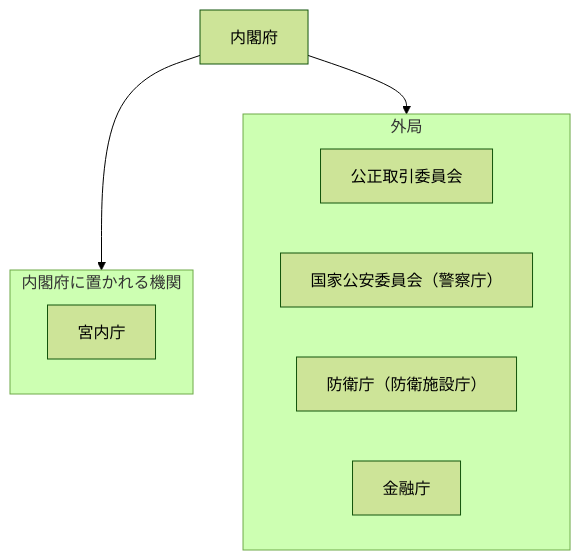
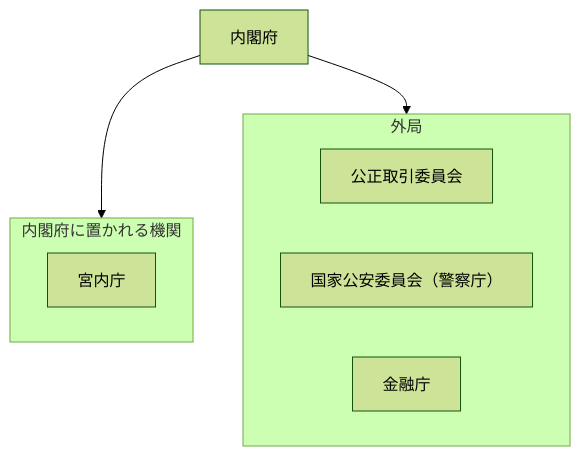
Before and after one commit to tatemaru/jp-admin-org-chart: the diagram in 行政機構/内閣府/README.md, drawn with Mermaid (forest theme). The commit also changed 2 other files, not shown here.

Commit message:
feat(防衛省): 防衛庁を防衛省に改める
根拠: 防衛省設置法（平成十八年法律第百十八号）
施行: 2007-01-09
出典: https://laws.e-gov.go.jp/law/418AC0000000118

種別: 改組

````diff
--- a/行政機構/内閣府/README.md
+++ b/行政機構/内閣府/README.md
@@ -5,15 +5,14 @@
 ```mermaid
 flowchart TB
   root["内閣府"]
   subgraph g0["内閣府に置かれる機関"]
     n0_0["宮内庁"]
   end
   root --> g0
   subgraph g1["外局"]
     n1_0["公正取引委員会"]
     n1_1["国家公安委員会（警察庁）"]
-    n1_2["防衛庁（防衛施設庁）"]
-    n1_3["金融庁"]
+    n1_2["金融庁"]
   end
   root --> g1
 ```
````
